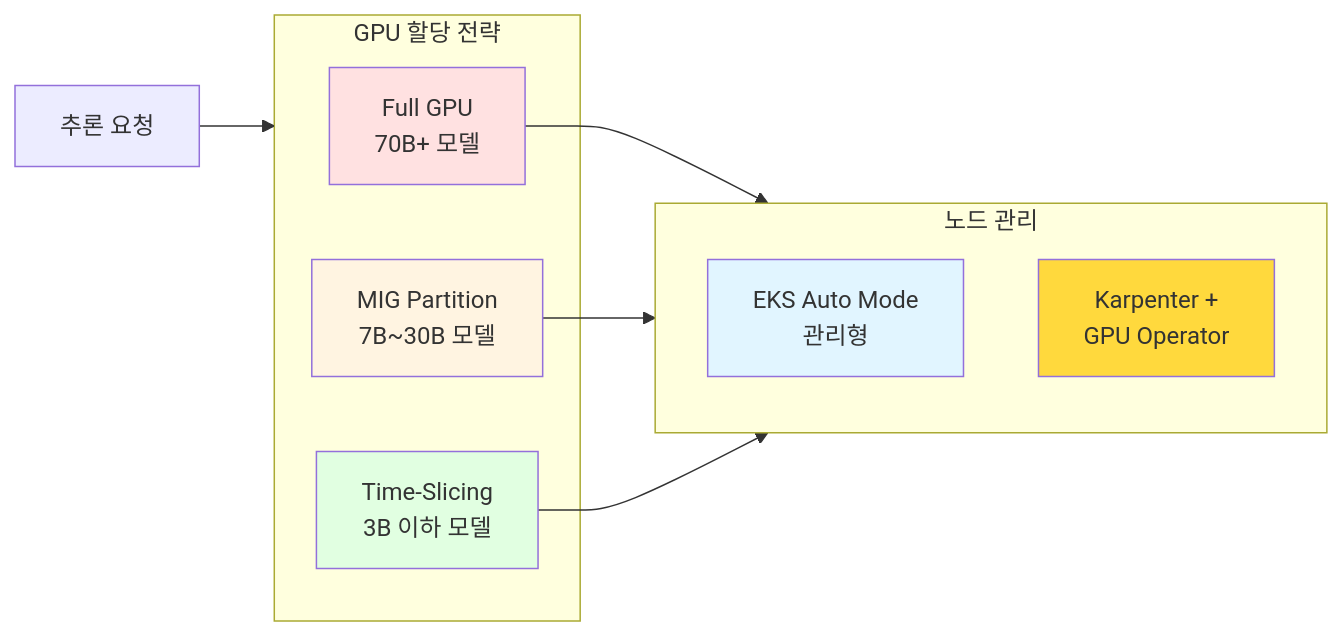
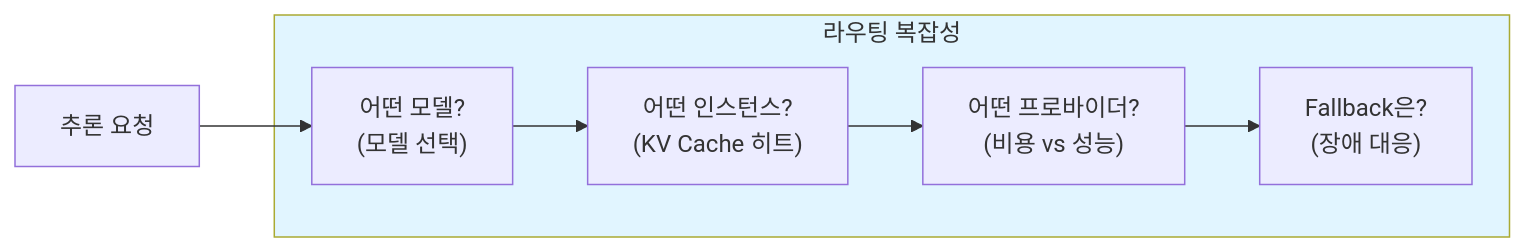
Before and after one commit to devfloor9/engineering-playbook: the second of 4 diagrams in docs/agentic-ai-platform/design-architecture/agentic-ai-challenges.md, drawn with Mermaid. The commit also changed other lines of this file and 6 other files, not shown here.

First line of the commit message:
refactor: design-architecture 문서 흐름 재구성 + 콘텐츠 재배치

````diff
--- a/docs/agentic-ai-platform/design-architecture/agentic-ai-challenges.md
+++ b/docs/agentic-ai-platform/design-architecture/agentic-ai-challenges.md
@@ -245,26 +97,15 @@
 ```mermaid
 flowchart LR
     REQ["추론 요청"]
 
-    subgraph GPUStrategy["GPU 할당 전략"]
-        FULL["Full GPU<br/>70B+ 모델"]
-        MIG["MIG Partition<br/>7B~30B 모델"]
-        TS["Time-Slicing<br/>3B 이하 모델"]
+    subgraph Challenge["라우팅 복잡성"]
+        Q1["어떤 모델?<br/>(모델 선택)"]
+        Q2["어떤 인스턴스?<br/>(KV Cache 히트)"]
+        Q3["어떤 프로바이더?<br/>(비용 vs 성능)"]
+        Q4["Fallback은?<br/>(장애 대응)"]
     end
 
-    subgraph NodeMgmt["노드 관리"]
-        AUTO["EKS Auto Mode<br/>관리형"]
-        KARP["Karpenter +<br/>GPU Operator"]
-    end
+    REQ --> Q1 --> Q2 --> Q3 --> Q4
 
-    REQ --> GPUStrategy
-    FULL --> NodeMgmt
-    MIG --> NodeMgmt
-    TS --> NodeMgmt
-
-    style FULL fill:#ffe1e1
-    style MIG fill:#fff4e1
-    style TS fill:#e1ffe1
-    style AUTO fill:#e1f5ff
-    style KARP fill:#ffd93d
+    style Challenge fill:#e1f5ff
 ```
````
